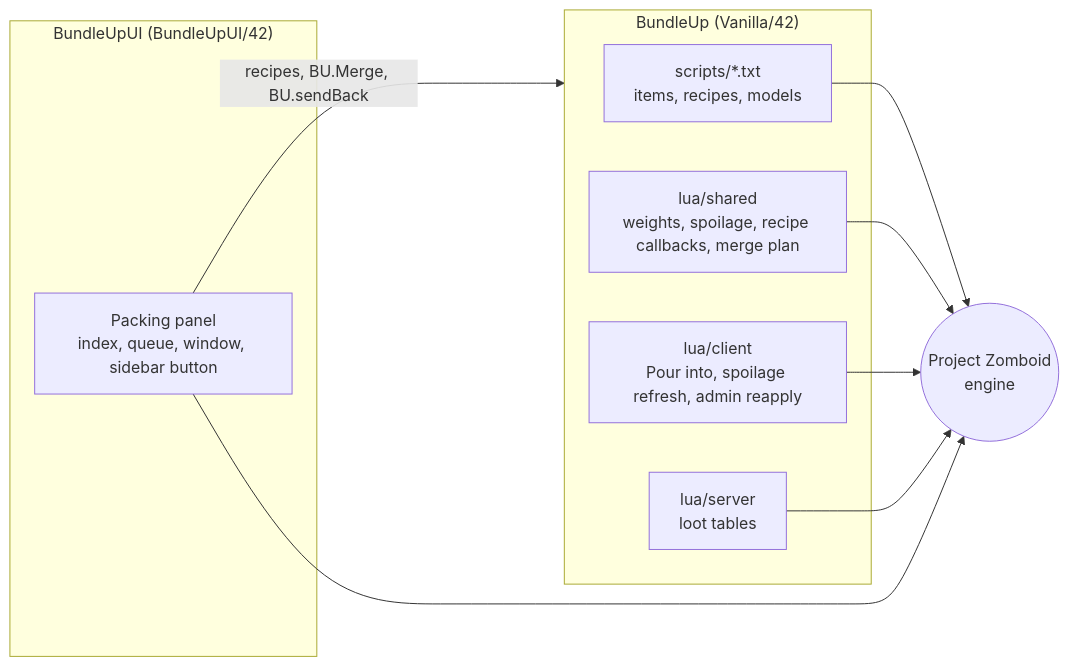
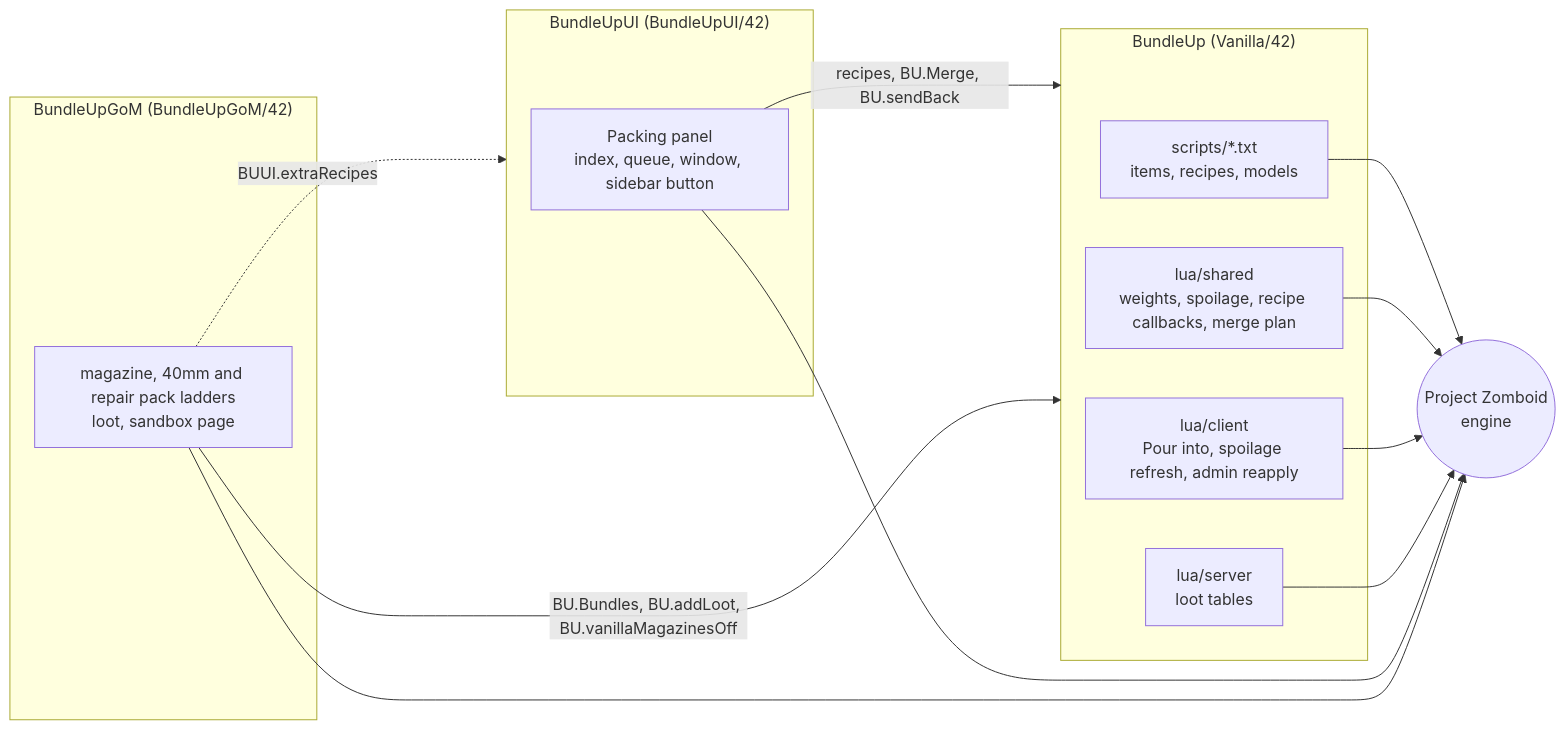
Before and after one commit to mariaalexissales/Bundle-Up: the first of 3 diagrams in ARCHITECTURE.md, drawn with Mermaid. The commit also changed other lines of this file and 2 other files, not shown here.

Commit message:
chore: readme, architecture and workshop page cover the guns of marz add-on

````diff
--- a/ARCHITECTURE.md
+++ b/ARCHITECTURE.md
@@ -16,19 +19,25 @@
 ```mermaid
 flowchart LR
     subgraph base["BundleUp (Vanilla/42)"]
         scripts["scripts/*.txt<br/>items, recipes, models"]
         shared["lua/shared<br/>weights, spoilage, recipe callbacks, merge plan"]
         client["lua/client<br/>Pour into, spoilage refresh, admin reapply"]
         server["lua/server<br/>loot tables"]
     end
     subgraph ui["BundleUpUI (BundleUpUI/42)"]
         panel["Packing panel<br/>index, queue, window, sidebar button"]
     end
+    subgraph gom["BundleUpGoM (BundleUpGoM/42)"]
+        gompacks["magazine, 40mm and repair pack ladders<br/>loot, sandbox page"]
+    end
     engine(("Project Zomboid<br/>engine"))
     scripts --> engine
     shared --> engine
     client --> engine
     server --> engine
     panel -->|"recipes, BU.Merge, BU.sendBack"| base
     panel --> engine
+    gompacks -->|"BU.Bundles, BU.addLoot, BU.vanillaMagazinesOff"| base
+    gompacks -.->|"BUUI.extraRecipes"| ui
+    gompacks --> engine
 ```
````
